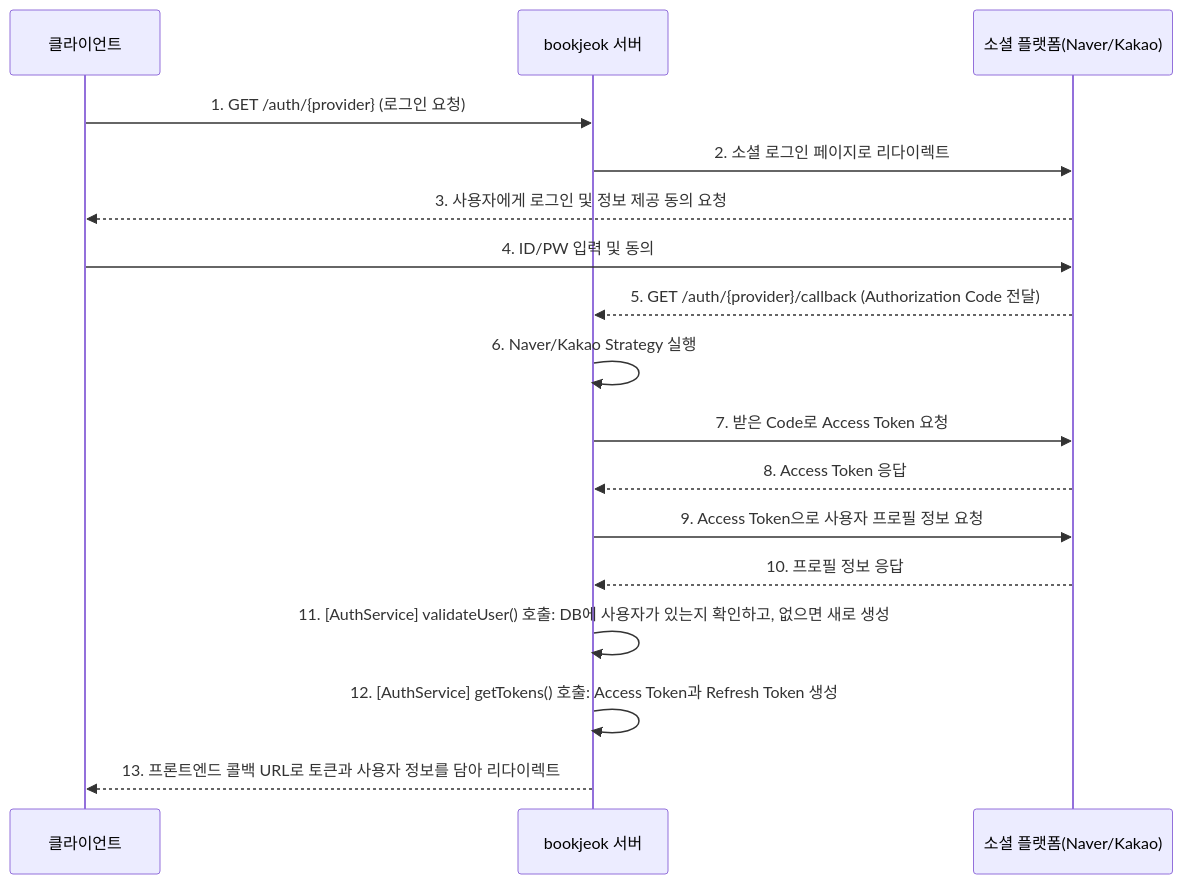
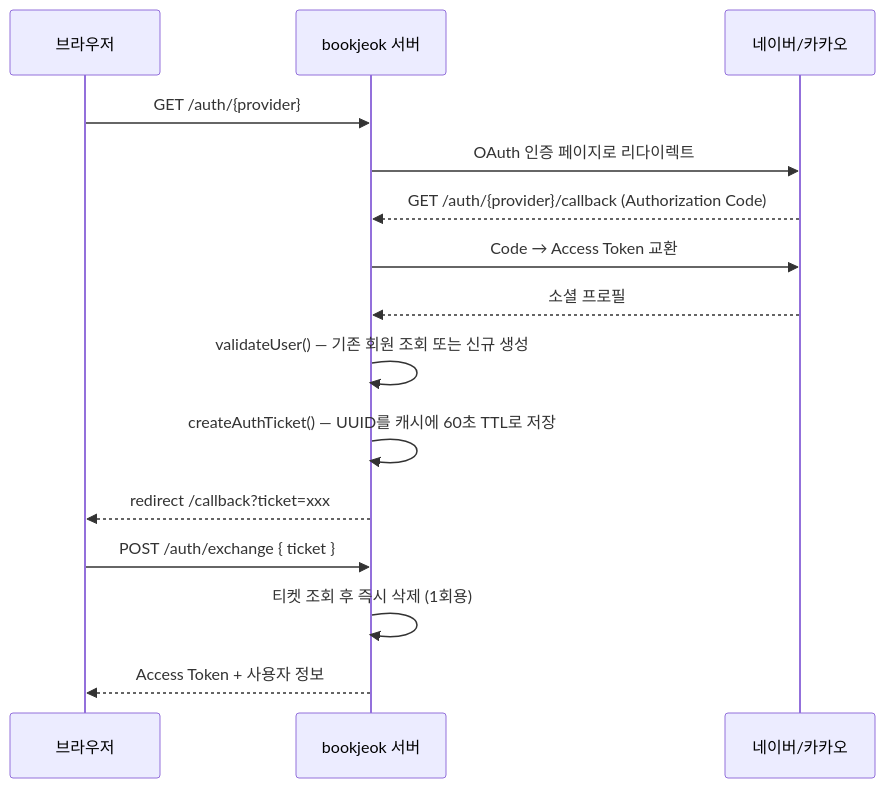
Before and after one commit to Yoo-su/artchive: the first of 2 diagrams in apps/server/src/features/auth/README.md, drawn with Mermaid. The commit also changed other lines of this file and 39 other files, not shown here.

````diff
--- a/apps/server/src/features/auth/README.md
+++ b/apps/server/src/features/auth/README.md
@@ -35,24 +50,18 @@
 ```mermaid
 sequenceDiagram
-    participant C as 클라이언트
+    participant C as 브라우저
     participant S as bookjeok 서버
-    participant OAuth as 소셜 플랫폼(Naver/Kakao)
+    participant O as 네이버/카카오
 
-    C->>S: 1. GET /auth/{provider} (로그인 요청)
-    S->>OAuth: 2. 소셜 로그인 페이지로 리다이렉트
-    OAuth-->>C: 3. 사용자에게 로그인 및 정보 제공 동의 요청
-    C->>OAuth: 4. ID/PW 입력 및 동의
-
-    OAuth-->>S: 5. GET /auth/{provider}/callback (Authorization Code 전달)
-
-    S->>S: 6. Naver/Kakao Strategy 실행
-    S->>OAuth: 7. 받은 Code로 Access Token 요청
-    OAuth-->>S: 8. Access Token 응답
-    S->>OAuth: 9. Access Token으로 사용자 프로필 정보 요청
-    OAuth-->>S: 10. 프로필 정보 응답
-
-    S->>S: 11. [AuthService] validateUser() 호출: DB에 사용자가 있는지 확인하고, 없으면 새로 생성
-    S->>S: 12. [AuthService] getTokens() 호출: Access Token과 Refresh Token 생성
-
-    S-->>C: 13. 프론트엔드 콜백 URL로 토큰과 사용자 정보를 담아 리다이렉트
+    C->>S: GET /auth/{provider}
+    S->>O: OAuth 인증 페이지로 리다이렉트
+    O-->>S: GET /auth/{provider}/callback (Authorization Code)
+    S->>O: Code → Access Token 교환
+    O-->>S: 소셜 프로필
+    S->>S: validateUser() — 기존 회원 조회 또는 신규 생성
+    S->>S: createAuthTicket() — UUID를 캐시에 60초 TTL로 저장
+    S-->>C: redirect /callback?ticket=xxx
+    C->>S: POST /auth/exchange { ticket }
+    S->>S: 티켓 조회 후 즉시 삭제 (1회용)
+    S-->>C: Access Token + 사용자 정보
 ```
````
